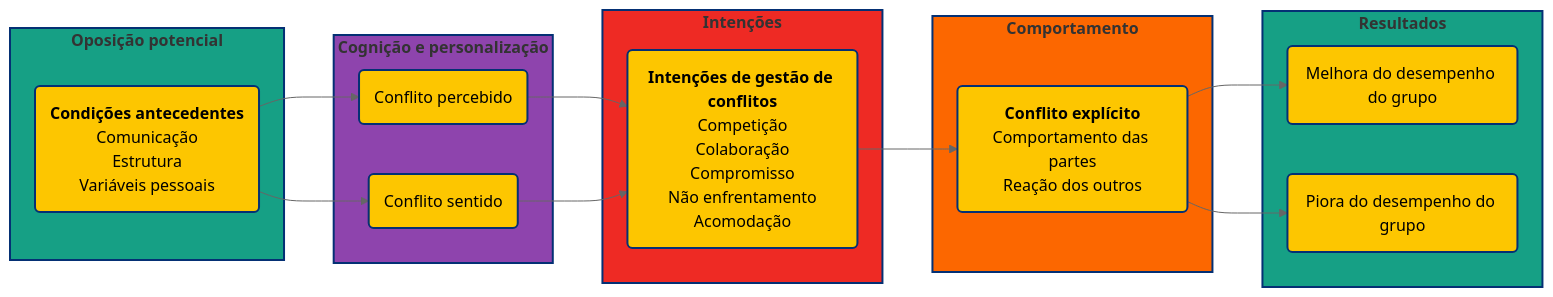
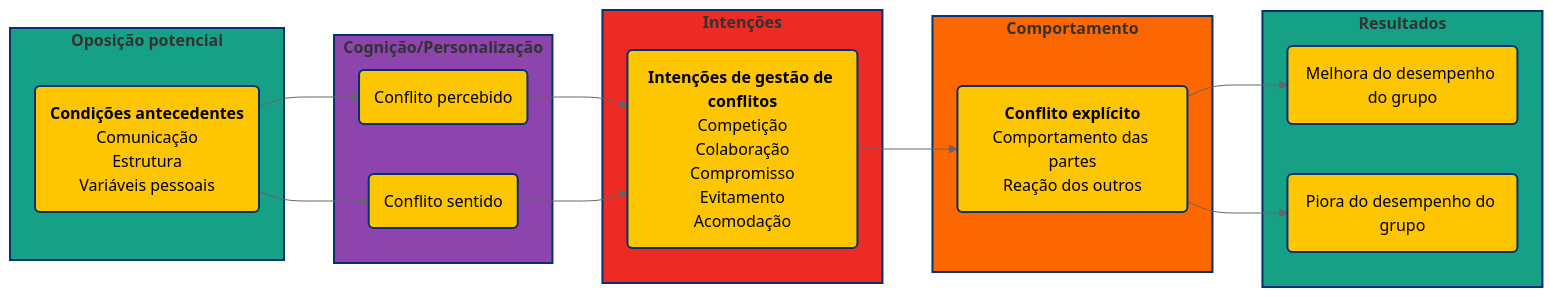
The fifth of 6 diagrams in conflito_e_negociacao.qmd (luifrancgom/ifpe-umng), drawn with Mermaid (neutral theme) before and after one commit. The commit also changed other lines of this file and 1 other file, not shown here.

````diff
--- a/conflito_e_negociacao.qmd
+++ b/conflito_e_negociacao.qmd
@@ -176,55 +183,55 @@
 ```{mermaid}
 %%| label: fig-conflict-process
 %%| fig-cap: O processo do conflito [@robbins_organizational_2024, pp. 482-489]
-%%| fig-height: 4 
+%%| fig-height: 4.5
 
 flowchart LR
     subgraph S5["`**Resultados**`"]
       E1("`Melhora do desempenho do grupo`")
       E2("`Piora do desempenho do grupo`")
     end
 
     subgraph S4["`**Comportamento**`"]
       D1("`**Conflito explícito**
       Comportamento das partes
       Reação dos outros`")
     end
 
     subgraph S3["`**Intenções**`"]
       C1("`**Intenções de gestão de conflitos**
       Competição
       Colaboração
       Compromisso
-      Não enfrentamento
+      Evitamento
       Acomodação`")
     end
     
-    subgraph S2["`**Cognição e personalização**`"]
+    subgraph S2["`**Cognição/Personalização**`"]
       B1("`Conflito percebido`")
       B2("`Conflito sentido`")
     end
     
     subgraph S1["`**Oposição potencial**`"]
       A1("`**Condições antecedentes**
       Comunicação
       Estrutura
       Variáveis pessoais`")
     end
     
     A1 --> B1
     A1 --> B2
     B1 --> C1
     B2 --> C1
     C1 --> D1
     D1 --> E1
     D1 --> E2
 
     classDef UmngNode fill:#fdc600,stroke:#043074,stroke-width:2px;
     class A1,B1,B2,C1,D1,E1,E2 UmngNode;
 
     style S1 fill:#16a085,stroke:#043074,stroke-width:2px
     style S2 fill:#8e44ad,stroke:#043074,stroke-width:2px
     style S3 fill:#ee2a24,stroke:#043074,stroke-width:2px
     style S4 fill:#fc6700,stroke:#043074,stroke-width:2px
       style S5 fill:#16a085,stroke:#043074,stroke-width:2px
 ```
````
